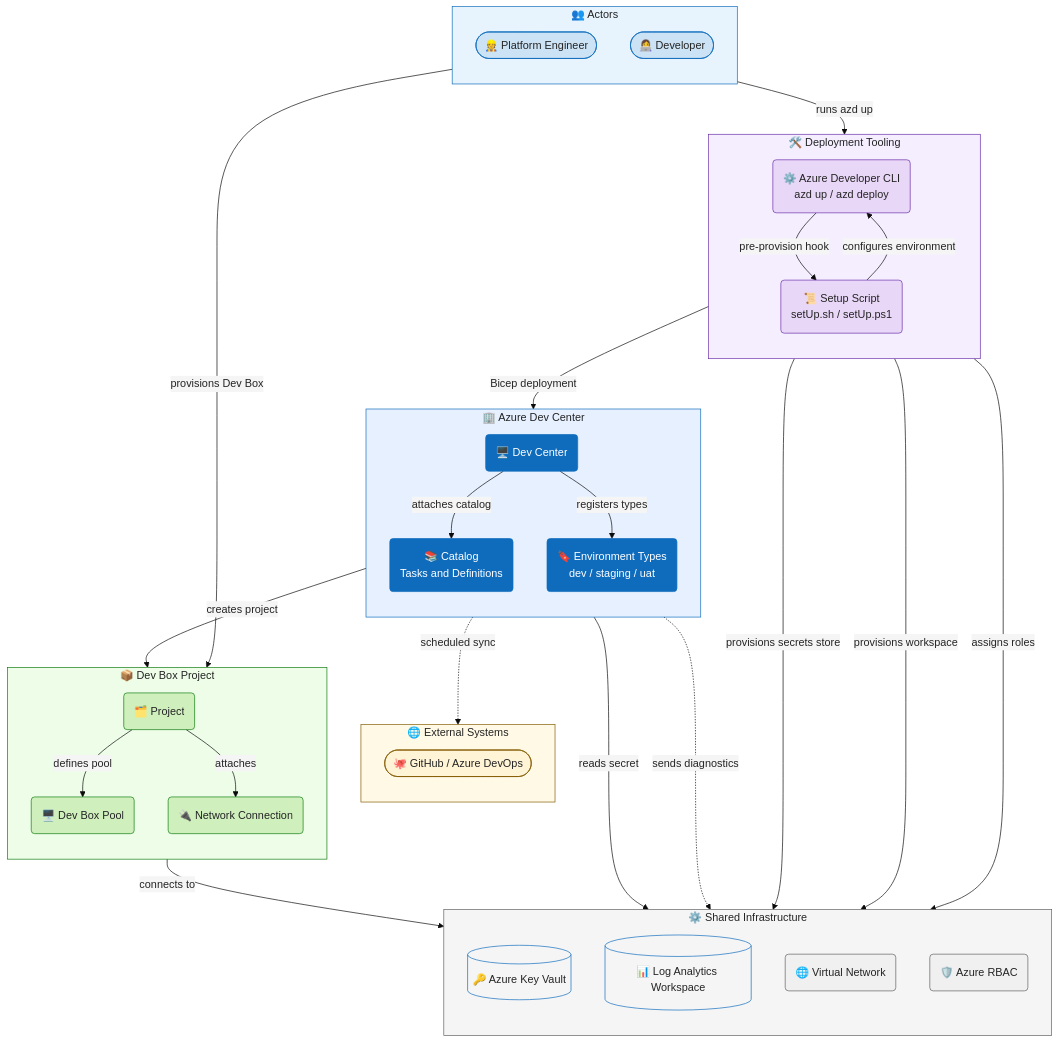
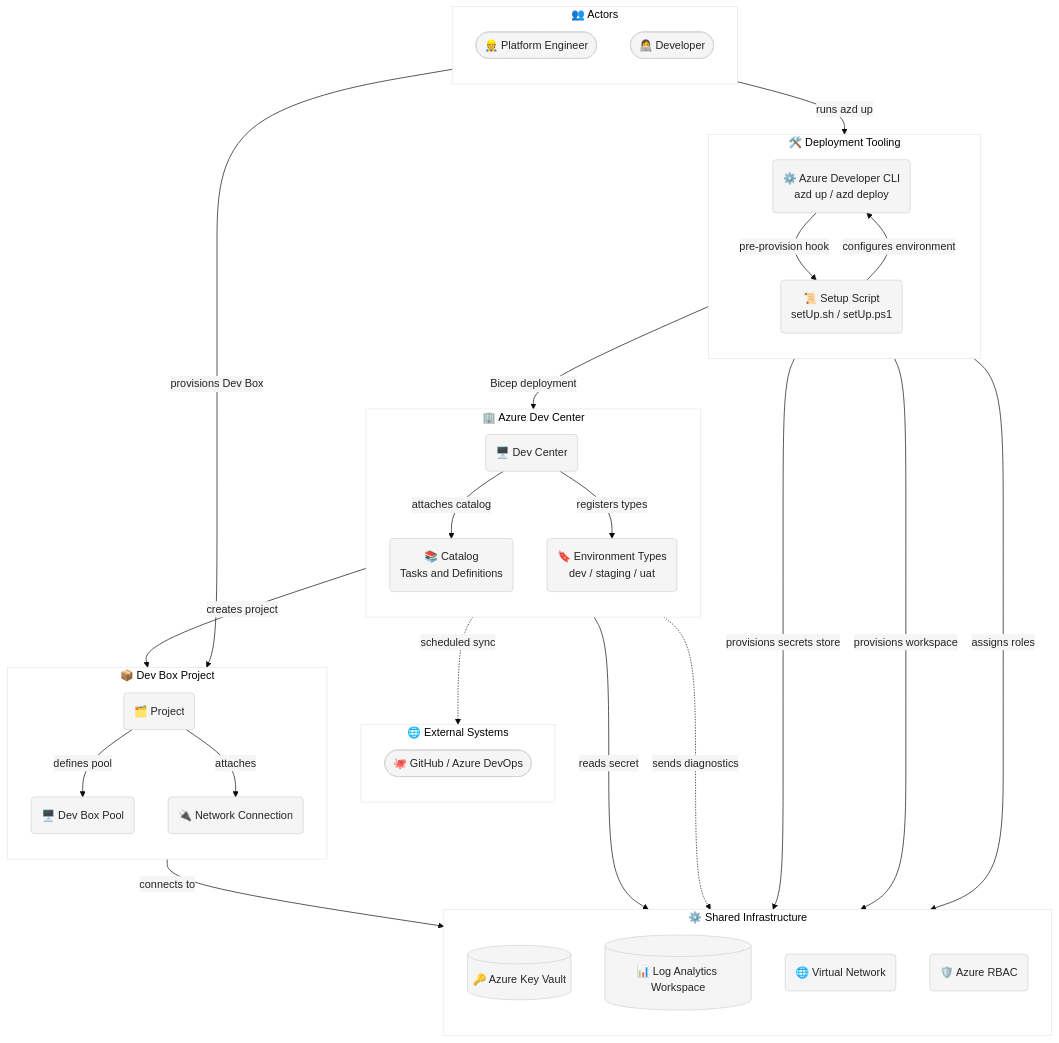
One commit to Evilazaro/DevExp-DevBox changed the diagram in README.md. Above: the diagram before and after it, drawn with Mermaid.

Commit message:
Remove unused class definitions and assignments from architecture diagram for improved clarity

````diff
--- a/README.md
+++ b/README.md
@@ -141,29 +141,5 @@
 NetworkConn --> |"connects to"| VNet
 Developer --> |"provisions Dev Box"| Pool
 
-%% ── Class Definitions ───────────────────────────────────────────────────────
-classDef actor fill:#cce3f5,stroke:#0f6cbd,color:#242424
-classDef tooling fill:#e9d7f7,stroke:#6b2faa,color:#242424
-classDef external fill:#fff4d6,stroke:#835b00,color:#242424
-classDef devcenterNode fill:#0f6cbd,stroke:#0f6cbd,color:#ffffff
-classDef projectNode fill:#cff0bd,stroke:#107c10,color:#242424
-classDef infraNode fill:#f0f0f0,stroke:#616161,color:#242424
-classDef datastore fill:#f5f5f5,stroke:#0f6cbd,color:#242424
 
-%% ── Class Assignments ───────────────────────────────────────────────────────
-class PlatformEngineer,Developer actor
-class AZD,SetupScript tooling
-class GitHubADO external
-class DevCenter,Catalog,EnvType devcenterNode
-class Project,Pool,NetworkConn projectNode
-class VNet,RBAC infraNode
-class KeyVault,LogAnalytics datastore
-
-%% ── Subgraph Styles ─────────────────────────────────────────────────────────
-style ACTORS fill:#e8f4fd,stroke:#0f6cbd,color:#242424
-style EXTERNAL fill:#fff9e6,stroke:#835b00,color:#242424
-style DEPLOY fill:#f5eeff,stroke:#6b2faa,color:#242424
-style DEVCENTER_CORE fill:#e6f0ff,stroke:#0f6cbd,color:#242424
-style PROJECT_BLOCK fill:#edfde8,stroke:#107c10,color:#242424
-style INFRA fill:#f5f5f5,stroke:#616161,color:#242424
 ```
````
